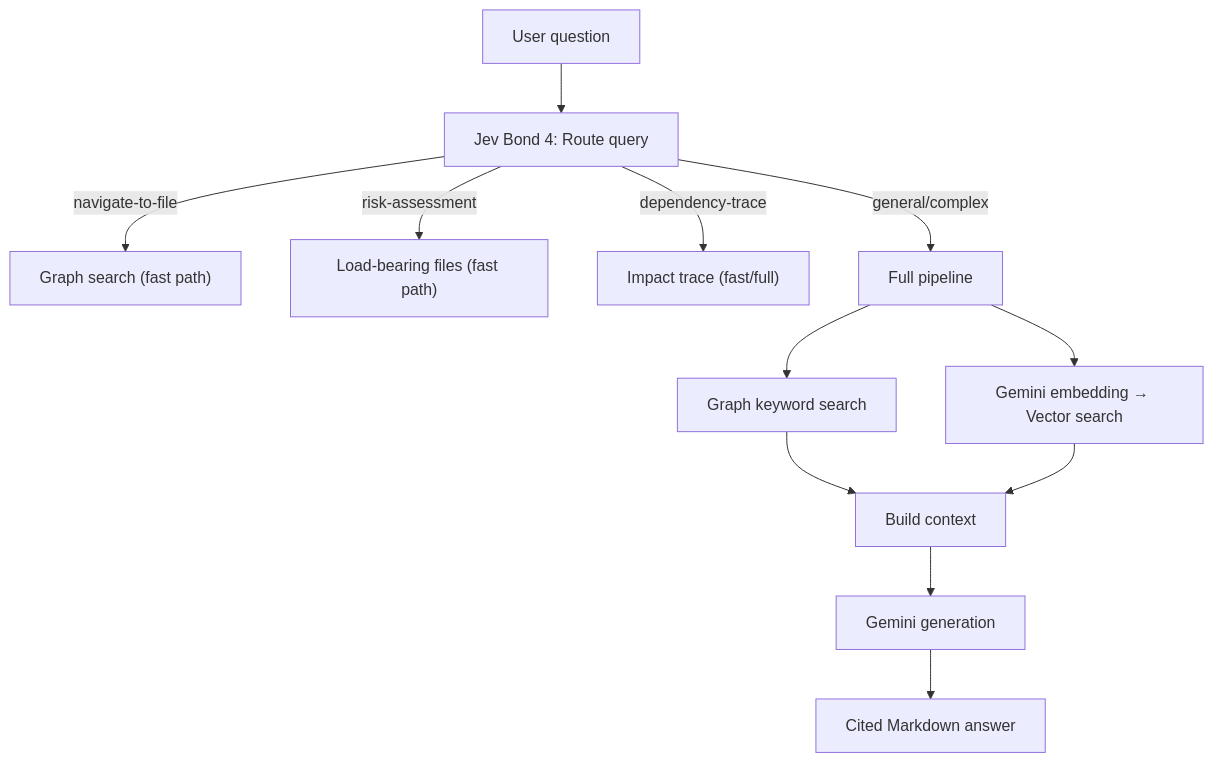
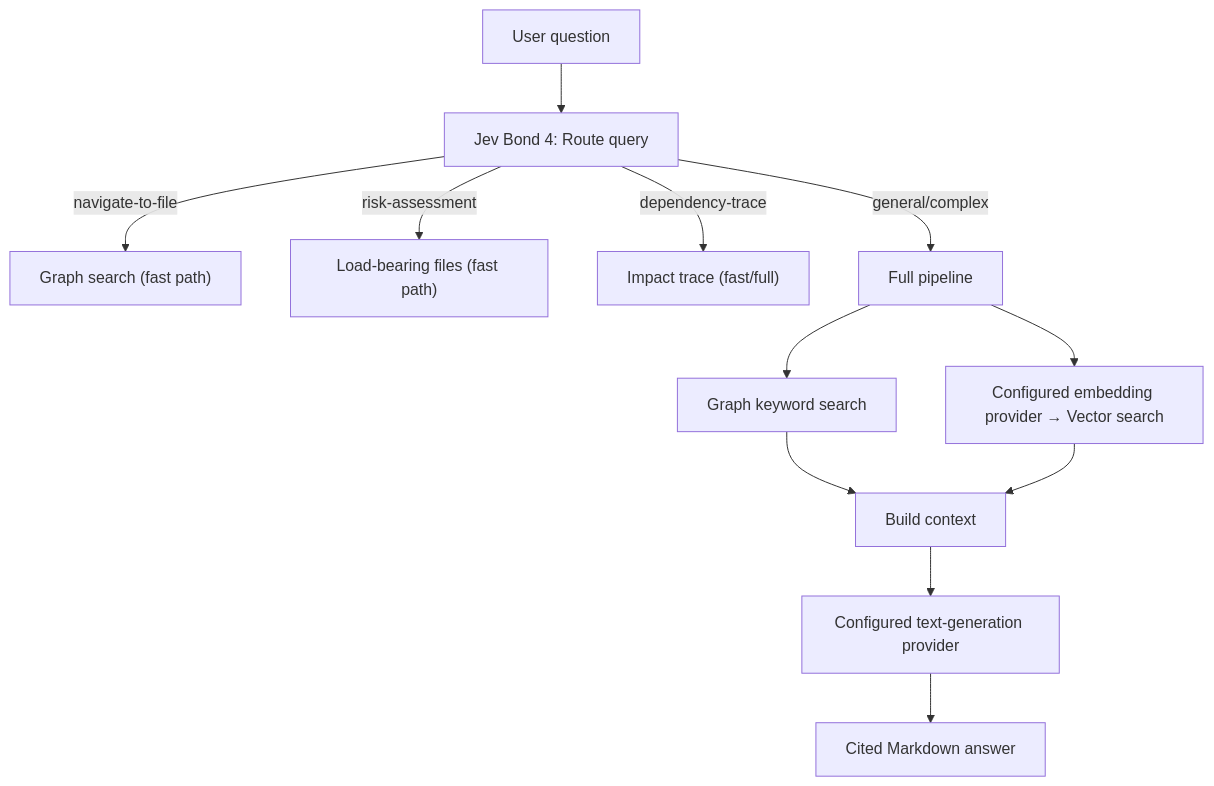
Before and after one commit to mahinigam/codebase-cartographer: the fourth of 5 diagrams in docs/architecture.md, drawn with Mermaid. The commit also changed other lines of this file and 5 other files, not shown here.

Commit message:
docs: refresh architecture and ignore local plans

````diff
--- a/docs/architecture.md
+++ b/docs/architecture.md
@@ -192,14 +208,14 @@
 ```mermaid
 flowchart TD
     Q["User question"] --> R["Jev Bond 4: Route query"]
     R -->|"navigate-to-file"| FS["Graph search (fast path)"]
     R -->|"risk-assessment"| LB["Load-bearing files (fast path)"]
     R -->|"dependency-trace"| DT["Impact trace (fast/full)"]
     R -->|"general/complex"| FP["Full pipeline"]
     FP --> GS["Graph keyword search"]
-    FP --> SS["Gemini embedding → Vector search"]
+    FP --> SS["Configured embedding provider → Vector search"]
     GS --> CTX["Build context"]
     SS --> CTX
-    CTX --> GEN["Gemini generation"]
+    CTX --> GEN["Configured text-generation provider"]
     GEN --> ANS["Cited Markdown answer"]
 ```
````
